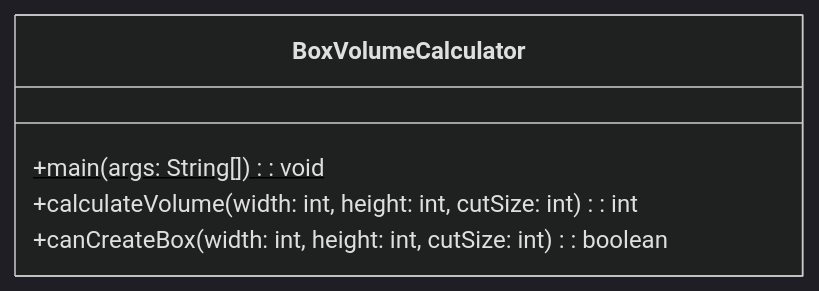
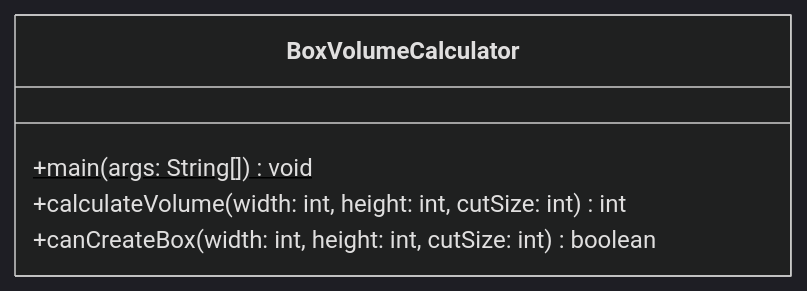
The sixth of 6 diagrams in docs/guidelines/implementation/common/diagrams/reading-class-diagram.md (kanjiz/java-training-design-docs), drawn with Mermaid (dark theme) before and after one commit. The commit also changed other lines of this file and 1 other file, not shown here.

First line of the commit message:
Fix method return type notation in class diagram docs

````diff
--- a/docs/guidelines/implementation/common/diagrams/reading-class-diagram.md
+++ b/docs/guidelines/implementation/common/diagrams/reading-class-diagram.md
@@ -149,8 +149,8 @@
 ```mermaid
 classDiagram
     class BoxVolumeCalculator {
-        +main(args: String[]): void$
-        +calculateVolume(width: int, height: int, cutSize: int): int
-        +canCreateBox(width: int, height: int, cutSize: int): boolean
+        +main(args: String[]) void$
+        +calculateVolume(width: int, height: int, cutSize: int) int
+        +canCreateBox(width: int, height: int, cutSize: int) boolean
     }
 ```
````
